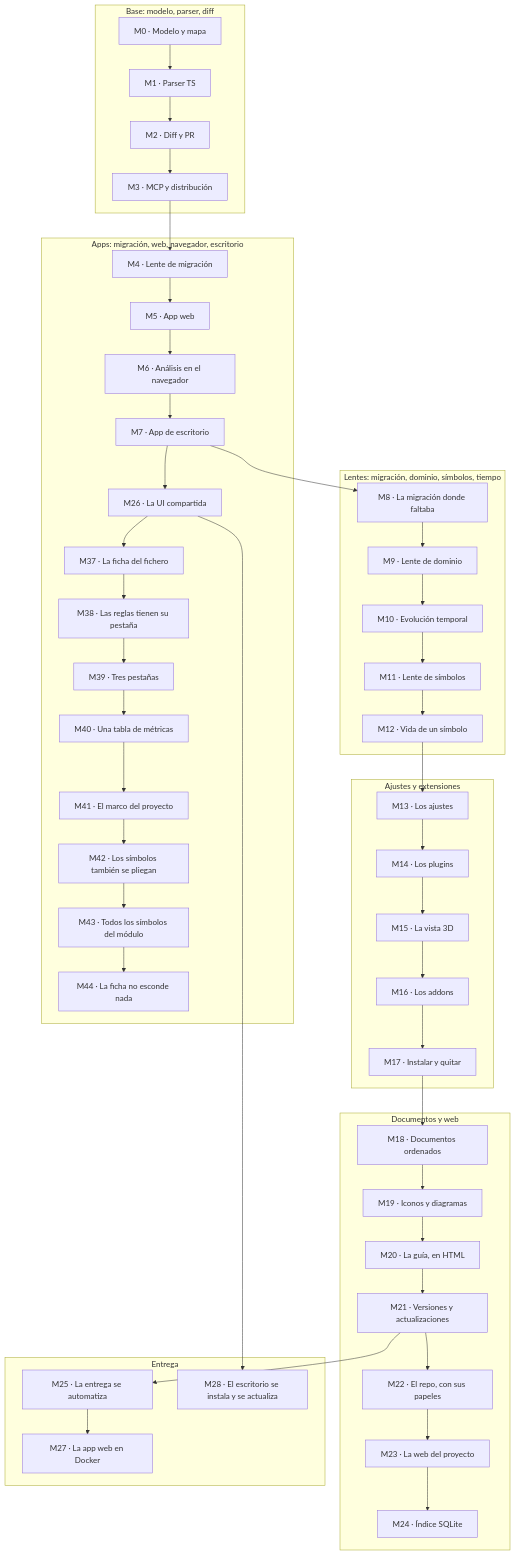
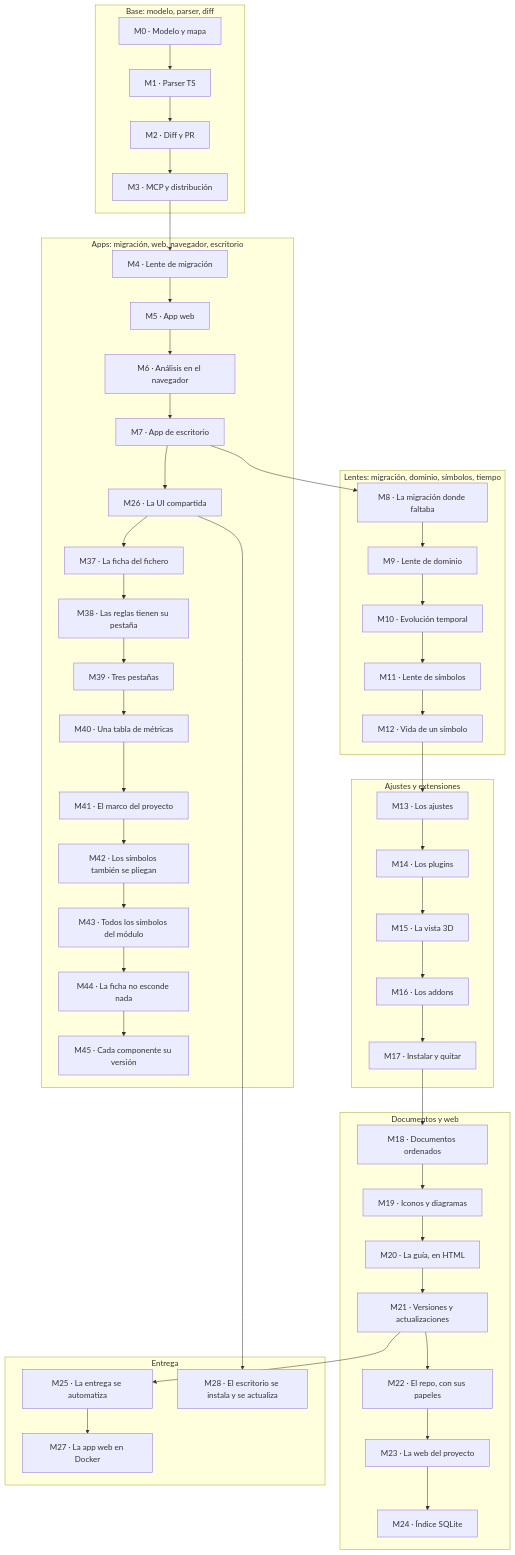
Before and after one commit to jaminsmoke/codarch: the diagram in apps/site/docs/adr/roadmap.md, drawn with Mermaid. The commit also changed other lines of this file and 9 other files, not shown here.

````diff
--- a/apps/site/docs/adr/roadmap.md
+++ b/apps/site/docs/adr/roadmap.md
@@ -38,52 +38,53 @@
 ```mermaid
 flowchart TD
   subgraph base["Base: modelo, parser, diff"]
     M0["M0 · Modelo y mapa"] --> M1["M1 · Parser TS"]
     M1 --> M2["M2 · Diff y PR"]
     M2 --> M3["M3 · MCP y distribución"]
   end
   subgraph apps["Apps: migración, web, navegador, escritorio"]
     M4["M4 · Lente de migración"] --> M5["M5 · App web"]
     M5 --> M6["M6 · Análisis en el navegador"]
     M6 --> M7["M7 · App de escritorio"]
     M7 --> M26["M26 · La UI compartida"]
     M26 --> M37["M37 · La ficha del fichero"]
     M37 --> M38["M38 · Las reglas tienen su pestaña"]
     M38 --> M39["M39 · Tres pestañas"]
     M39 --> M40["M40 · Una tabla de métricas"]
     M40 --> M41["M41 · El marco del proyecto"]
     M41 --> M42["M42 · Los símbolos también se pliegan"]
     M42 --> M43["M43 · Todos los símbolos del módulo"]
     M43 --> M44["M44 · La ficha no esconde nada"]
+    M44 --> M45["M45 · Cada componente su versión"]
   end
   subgraph lentes["Lentes: migración, dominio, símbolos, tiempo"]
     M8["M8 · La migración donde faltaba"] --> M9["M9 · Lente de dominio"]
     M9 --> M10["M10 · Evolución temporal"]
     M10 --> M11["M11 · Lente de símbolos"]
     M11 --> M12["M12 · Vida de un símbolo"]
   end
   subgraph ext["Ajustes y extensiones"]
     M13["M13 · Los ajustes"] --> M14["M14 · Los plugins"]
     M14 --> M15["M15 · La vista 3D"]
     M15 --> M16["M16 · Los addons"]
     M16 --> M17["M17 · Instalar y quitar"]
   end
   subgraph docs["Documentos y web"]
     M18["M18 · Documentos ordenados"] --> M19["M19 · Iconos y diagramas"]
     M19 --> M20["M20 · La guía, en HTML"]
     M20 --> M21["M21 · Versiones y actualizaciones"]
     M21 --> M22["M22 · El repo, con sus papeles"]
     M22 --> M23["M23 · La web del proyecto"]
     M23 --> M24["M24 · Índice SQLite"]
   end
   subgraph delivery["Entrega"]
     M25["M25 · La entrega se automatiza"]
     M25 --> M27["M27 · La app web en Docker"]
     M26 --> M28["M28 · El escritorio se instala y se actualiza"]
   end
   M3 --> M4
   M7 --> M8
   M12 --> M13
   M17 --> M18
   M21 --> M25
 ```
````
